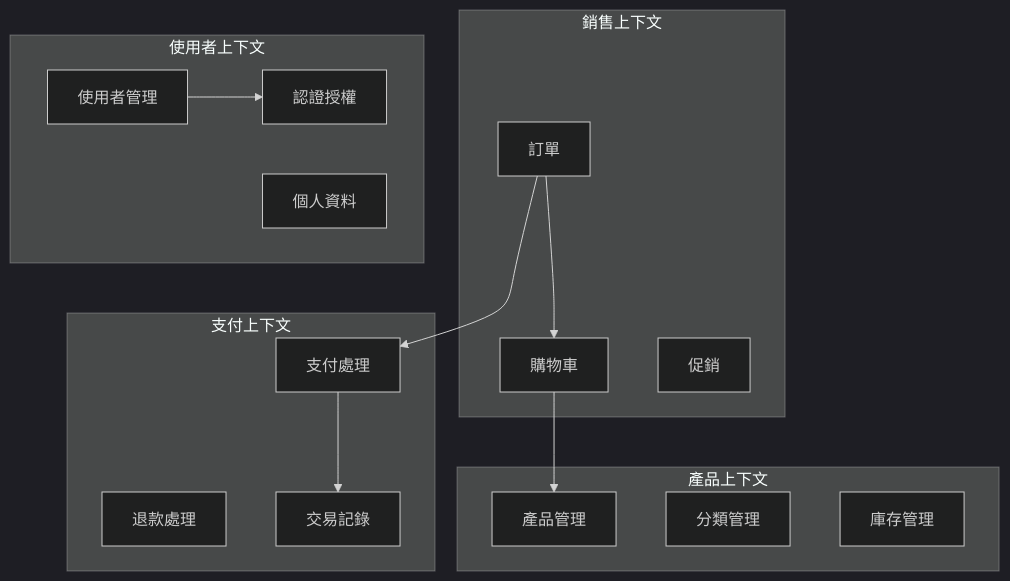
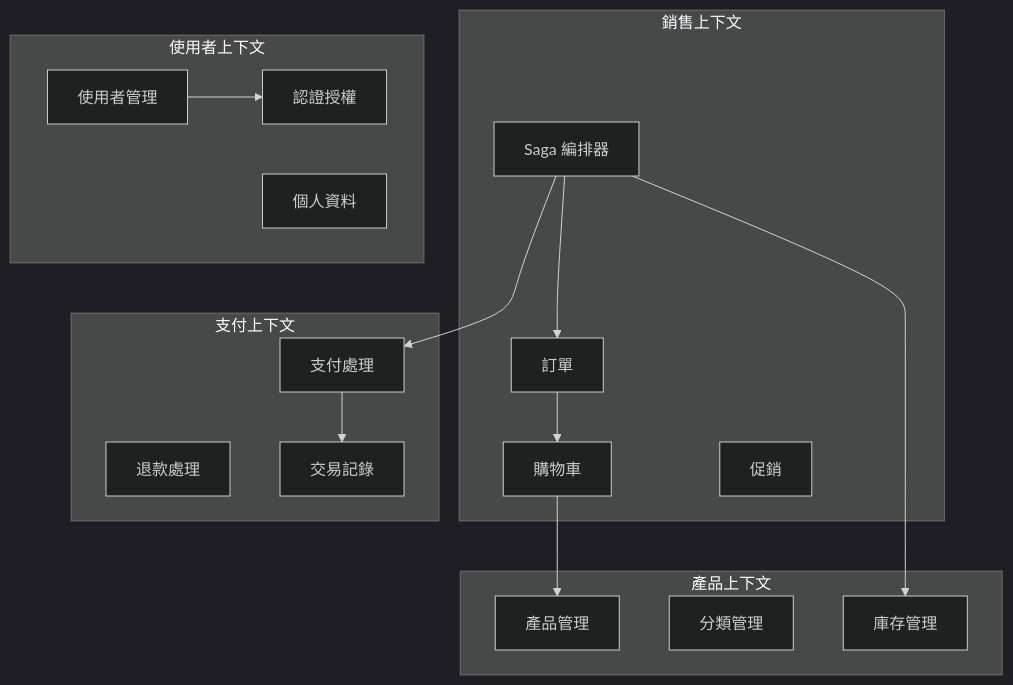
The seventh of 8 diagrams in docs/architecture/ddd-model.md (kehao-chen/fake-store-api), drawn with Mermaid (dark theme) before and after one commit. The commit also changed other lines of this file and 45 other files, not shown here.

````diff
--- a/docs/architecture/ddd-model.md
+++ b/docs/architecture/ddd-model.md
@@ -351,32 +378,35 @@
 ```mermaid
 graph TB
     subgraph "產品上下文"
         PM[產品管理]
         CAT[分類管理]
         INV[庫存管理]
     end
     
     subgraph "銷售上下文"
         CART[購物車]
         ORDER[訂單]
         PROMO[促銷]
+        SAGA[Saga 編排器]
     end
     
     subgraph "支付上下文"
         PAY[支付處理]
         REF[退款處理]
         TRANS[交易記錄]
     end
     
     subgraph "使用者上下文"
         USER[使用者管理]
         AUTH[認證授權]
         PROF[個人資料]
     end
     
     CART --> PM
     ORDER --> CART
-    ORDER --> PAY
+    SAGA --> ORDER
+    SAGA --> PAY
+    SAGA --> INV
     PAY --> TRANS
     USER --> AUTH
 ```
````
